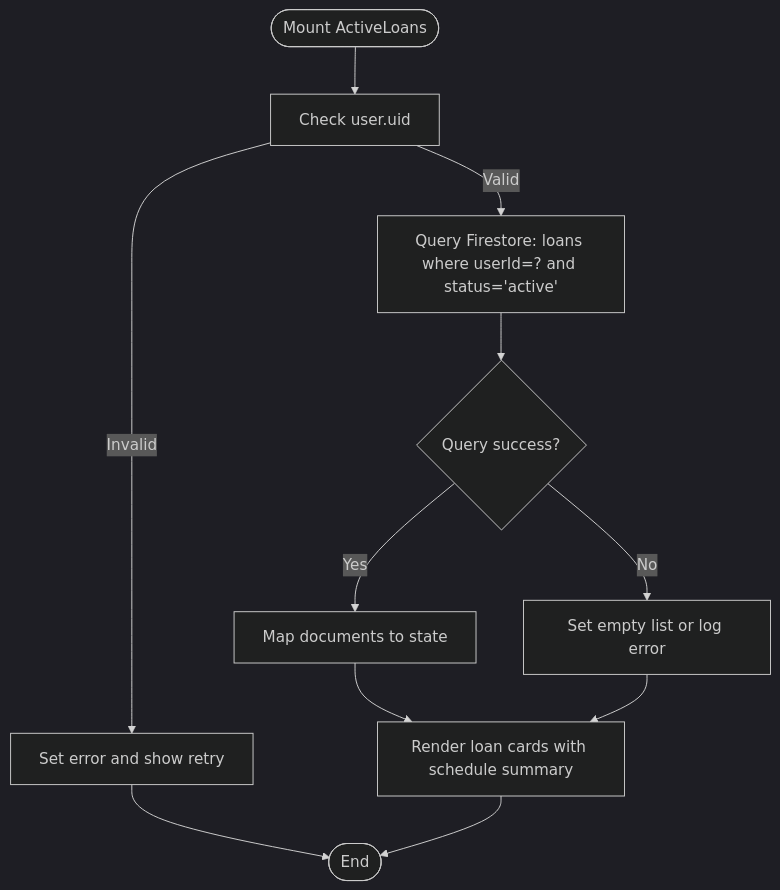
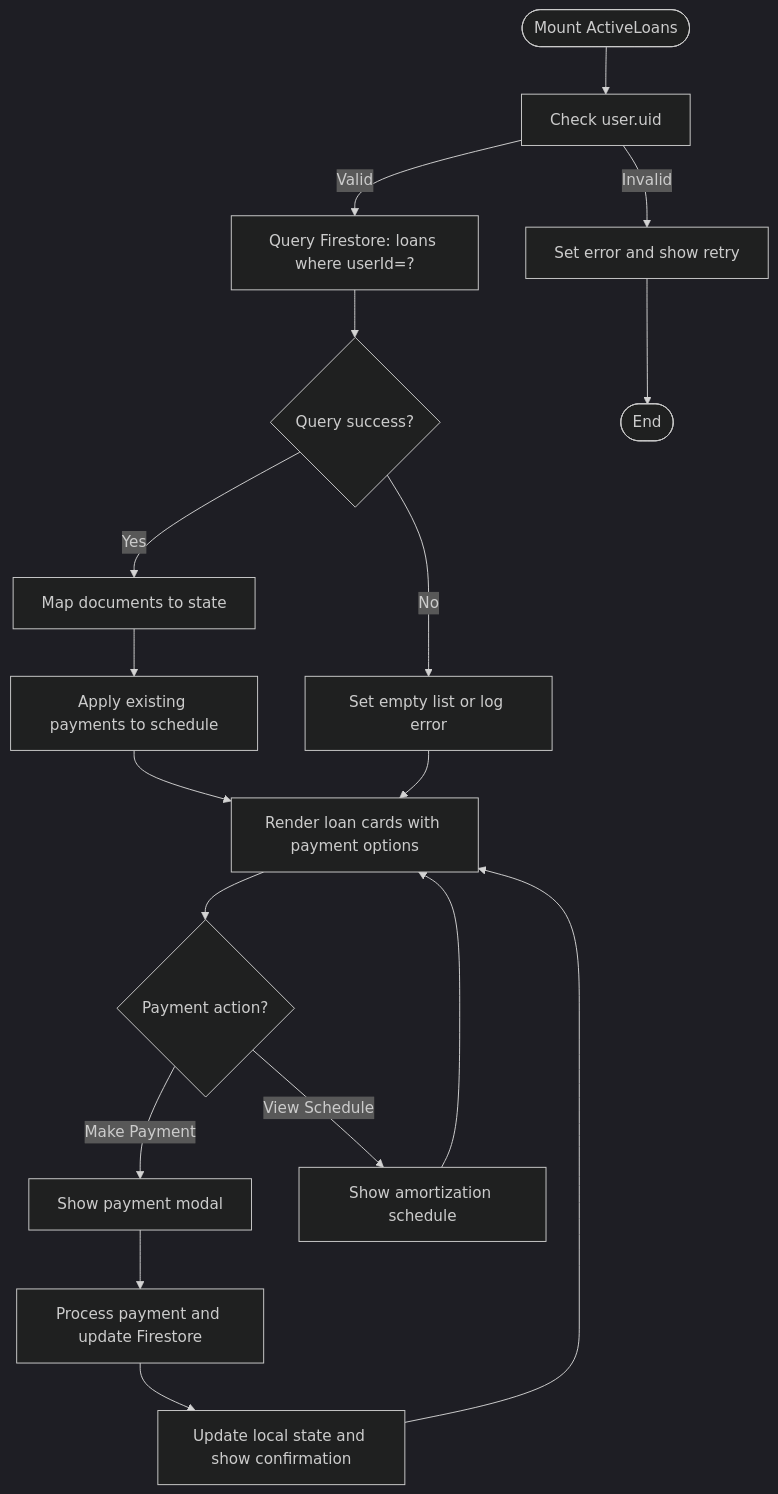
The third of 6 diagrams in .qoder/repowiki/en/content/Loan Management System/Loan Tracking and Monitoring.md (Unsure-bry/sampacoop_system), drawn with Mermaid (dark theme) before and after one commit. The commit also changed other lines of this file and 6 other files, not shown here.

````diff
--- a/.qoder/repowiki/en/content/Loan Management System/Loan Tracking and Monitoring.md
+++ b/.qoder/repowiki/en/content/Loan Management System/Loan Tracking and Monitoring.md
@@ -155,13 +167,20 @@
 ```mermaid
 flowchart TD
 Start(["Mount ActiveLoans"]) --> CheckUser["Check user.uid"]
-CheckUser --> |Valid| Query["Query Firestore: loans where userId=? and status='active'"]
+CheckUser --> |Valid| Query["Query Firestore: loans where userId=?"]
 CheckUser --> |Invalid| Error["Set error and show retry"]
 Query --> Success{"Query success?"}
 Success --> |Yes| Map["Map documents to state"]
 Success --> |No| HandleEmpty["Set empty list or log error"]
-Map --> Render["Render loan cards with schedule summary"]
+Map --> ProcessPayments["Apply existing payments to schedule"]
+ProcessPayments --> Render["Render loan cards with payment options"]
 HandleEmpty --> Render
 Error --> End(["End"])
-Render --> End
+Render --> PaymentFlow{"Payment action?"}
+PaymentFlow --> |Make Payment| PaymentModal["Show payment modal"]
+PaymentFlow --> |View Schedule| ScheduleModal["Show amortization schedule"]
+PaymentModal --> ProcessPayment["Process payment and update Firestore"]
+ProcessPayment --> UpdateState["Update local state and show confirmation"]
+UpdateState --> Render
+ScheduleModal --> Render
 ```
````
